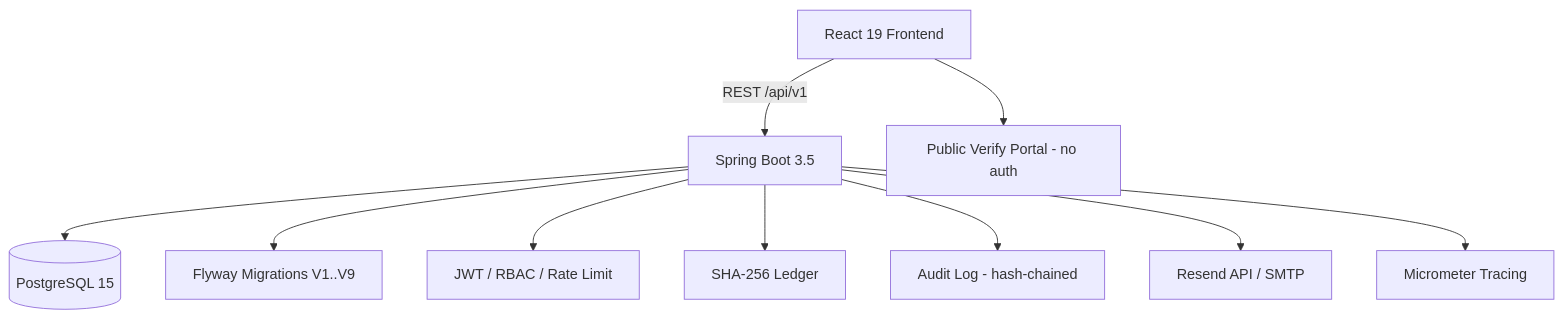
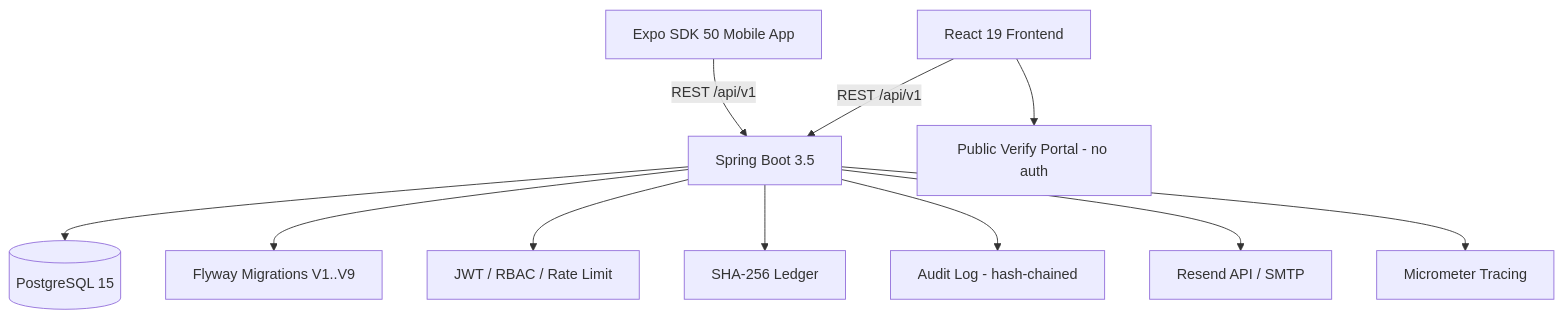
One commit to redkiros81294/se4801-group-SY changed the diagram in README.md. Above: the diagram before and after it, drawn with Mermaid. The commit also changed other lines of this file and 2 other files, not shown here.

````diff
--- a/README.md
+++ b/README.md
@@ -45,12 +47,13 @@
 ```mermaid
 graph TD
     A[React 19 Frontend] -->|REST /api/v1| B[Spring Boot 3.5]
     B --> C[(PostgreSQL 15)]
     B --> D[Flyway Migrations V1..V9]
     B --> E[JWT / RBAC / Rate Limit]
     B --> F[SHA-256 Ledger]
     B --> G[Audit Log - hash-chained]
     B --> H[Resend API / SMTP]
     B --> I[Micrometer Tracing]
     A --> J[Public Verify Portal - no auth]
+    K[Expo SDK 50 Mobile App] -->|REST /api/v1| B
 ```
````
